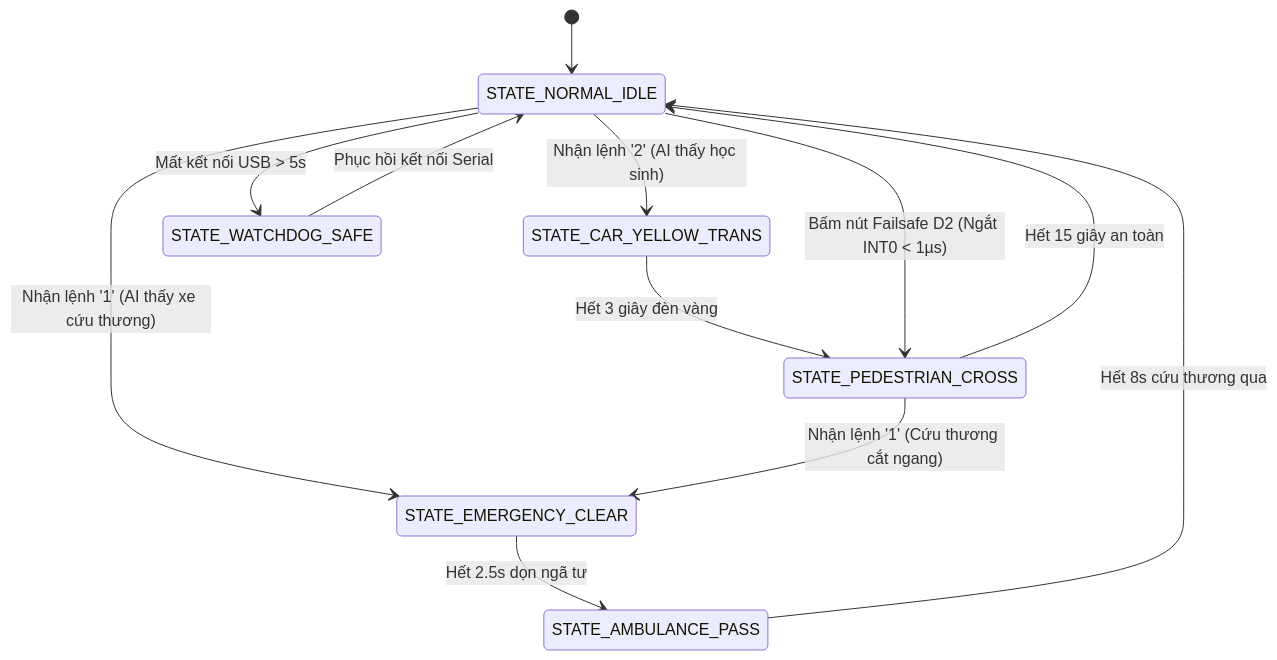
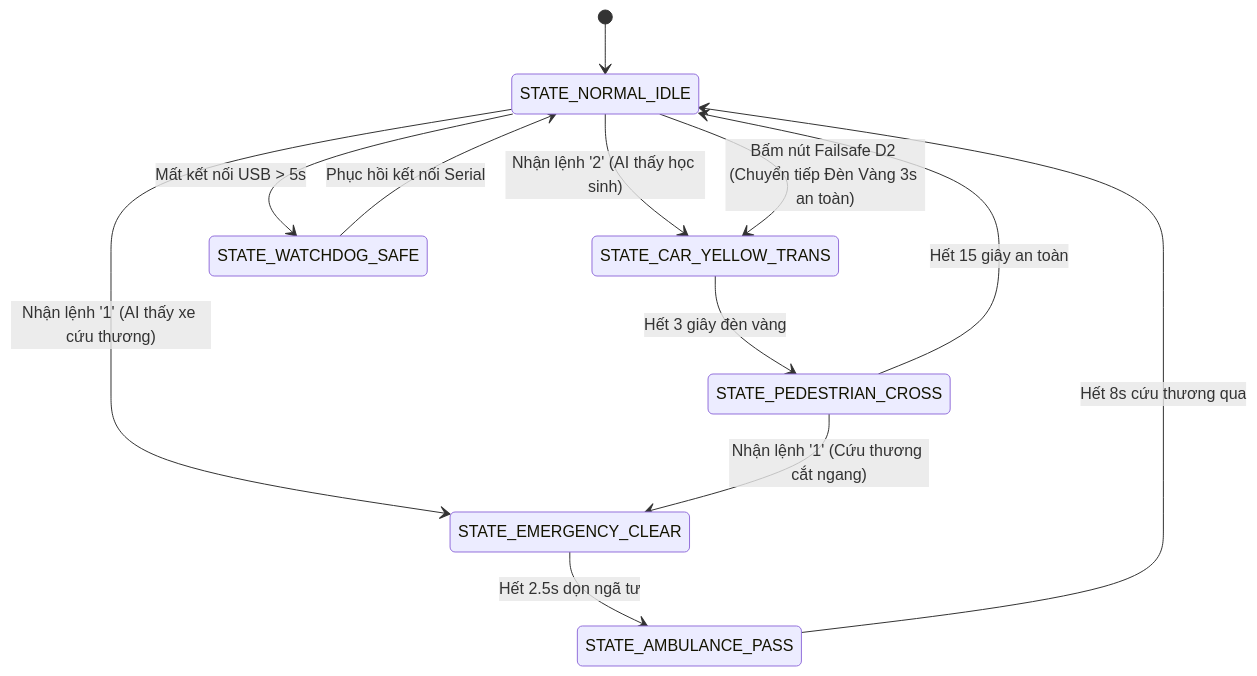
One commit to Wh7tever/HNUE_olympic_stem changed the diagram in MCA/HNUE_olympic_stem/1.Data/HO_SO_TOAN_DIEN_DU_AN_STEM_ARGON.md. Above: the diagram before and after it, drawn with Mermaid. The commit also changed other lines of this file and 2 other files, not shown here.

Commit message:
fix(stem-firmware): resolve all 5 Argon review risks (v2.2 production firmware, safe yellow transition on D2, drain UART buffer, student speech naturalization)

````diff
--- a/MCA/HNUE_olympic_stem/1.Data/HO_SO_TOAN_DIEN_DU_AN_STEM_ARGON.md
+++ b/MCA/HNUE_olympic_stem/1.Data/HO_SO_TOAN_DIEN_DU_AN_STEM_ARGON.md
@@ -121,16 +121,16 @@
 ```mermaid
 stateDiagram-v2
     [*] --> STATE_NORMAL_IDLE
     STATE_NORMAL_IDLE --> STATE_CAR_YELLOW_TRANS : Nhận lệnh '2' (AI thấy học sinh)
     STATE_CAR_YELLOW_TRANS --> STATE_PEDESTRIAN_CROSS : Hết 3 giây đèn vàng
     STATE_PEDESTRIAN_CROSS --> STATE_NORMAL_IDLE : Hết 15 giây an toàn
     
     STATE_NORMAL_IDLE --> STATE_EMERGENCY_CLEAR : Nhận lệnh '1' (AI thấy xe cứu thương)
     STATE_PEDESTRIAN_CROSS --> STATE_EMERGENCY_CLEAR : Nhận lệnh '1' (Cứu thương cắt ngang)
     STATE_EMERGENCY_CLEAR --> STATE_AMBULANCE_PASS : Hết 2.5s dọn ngã tư
     STATE_AMBULANCE_PASS --> STATE_NORMAL_IDLE : Hết 8s cứu thương qua
     
-    STATE_NORMAL_IDLE --> STATE_PEDESTRIAN_CROSS : Bấm nút Failsafe D2 (Ngắt INT0 < 1µs)
+    STATE_NORMAL_IDLE --> STATE_CAR_YELLOW_TRANS : Bấm nút Failsafe D2 (Chuyển tiếp Đèn Vàng 3s an toàn)
     STATE_NORMAL_IDLE --> STATE_WATCHDOG_SAFE : Mất kết nối USB > 5s
     STATE_WATCHDOG_SAFE --> STATE_NORMAL_IDLE : Phục hồi kết nối Serial
 ```
````
